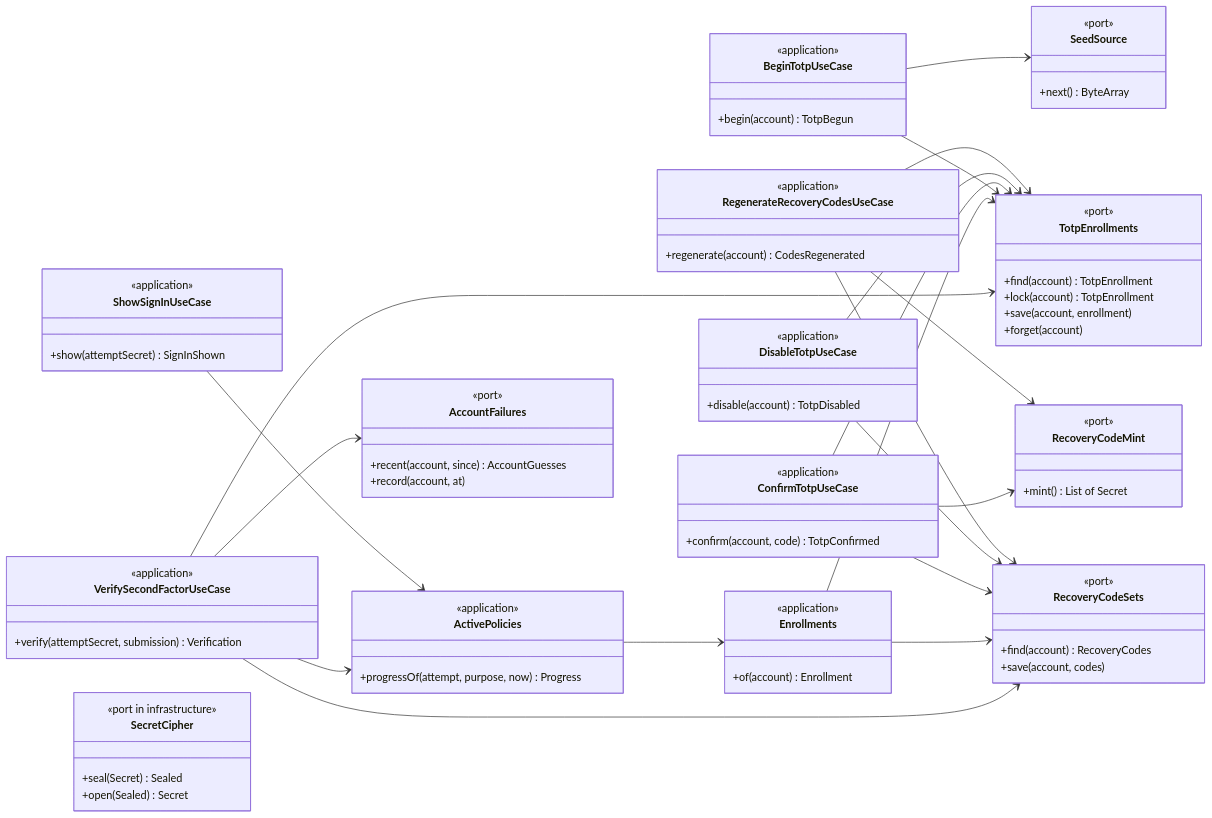
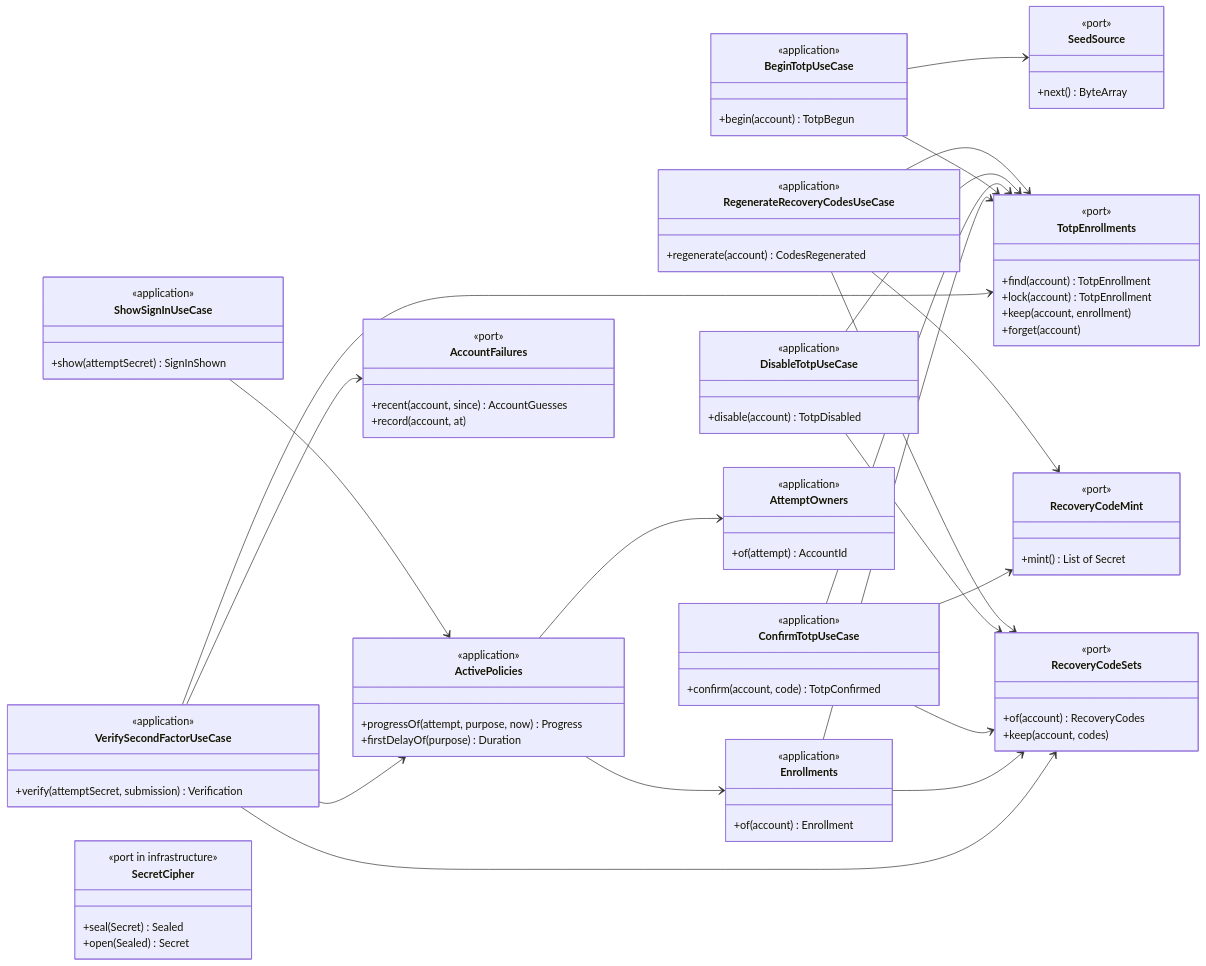
Before and after one commit to yuriisurzhykov/Tallyvane: the fifth of 6 diagrams in docs/backend/03-authentication-slice-5b-totp.md, drawn with Mermaid. The commit also changed other lines of this file and 3 other files, not shown here.

```diff
--- a/docs/backend/03-authentication-slice-5b-totp.md
+++ b/docs/backend/03-authentication-slice-5b-totp.md
@@ -245,6 +245,11 @@
     class ActivePolicies {
         <<application>>
         +progressOf(attempt, purpose, now) Progress
+        +firstDelayOf(purpose) Duration
+    }
+    class AttemptOwners {
+        <<application>>
+        +of(attempt) AccountId
     }
     class Enrollments {
         <<application>>
@@ -254,13 +259,13 @@
         <<port>>
         +find(account) TotpEnrollment
         +lock(account) TotpEnrollment
-        +save(account, enrollment)
+        +keep(account, enrollment)
         +forget(account)
     }
     class RecoveryCodeSets {
         <<port>>
-        +find(account) RecoveryCodes
-        +save(account, codes)
+        +of(account) RecoveryCodes
+        +keep(account, codes)
     }
     class AccountFailures {
         <<port>>
@@ -286,6 +291,7 @@
     VerifySecondFactorUseCase --> AccountFailures
     ShowSignInUseCase --> ActivePolicies
     ActivePolicies --> Enrollments
+    ActivePolicies --> AttemptOwners
     Enrollments --> TotpEnrollments
     Enrollments --> RecoveryCodeSets
     BeginTotpUseCase --> TotpEnrollments
```
